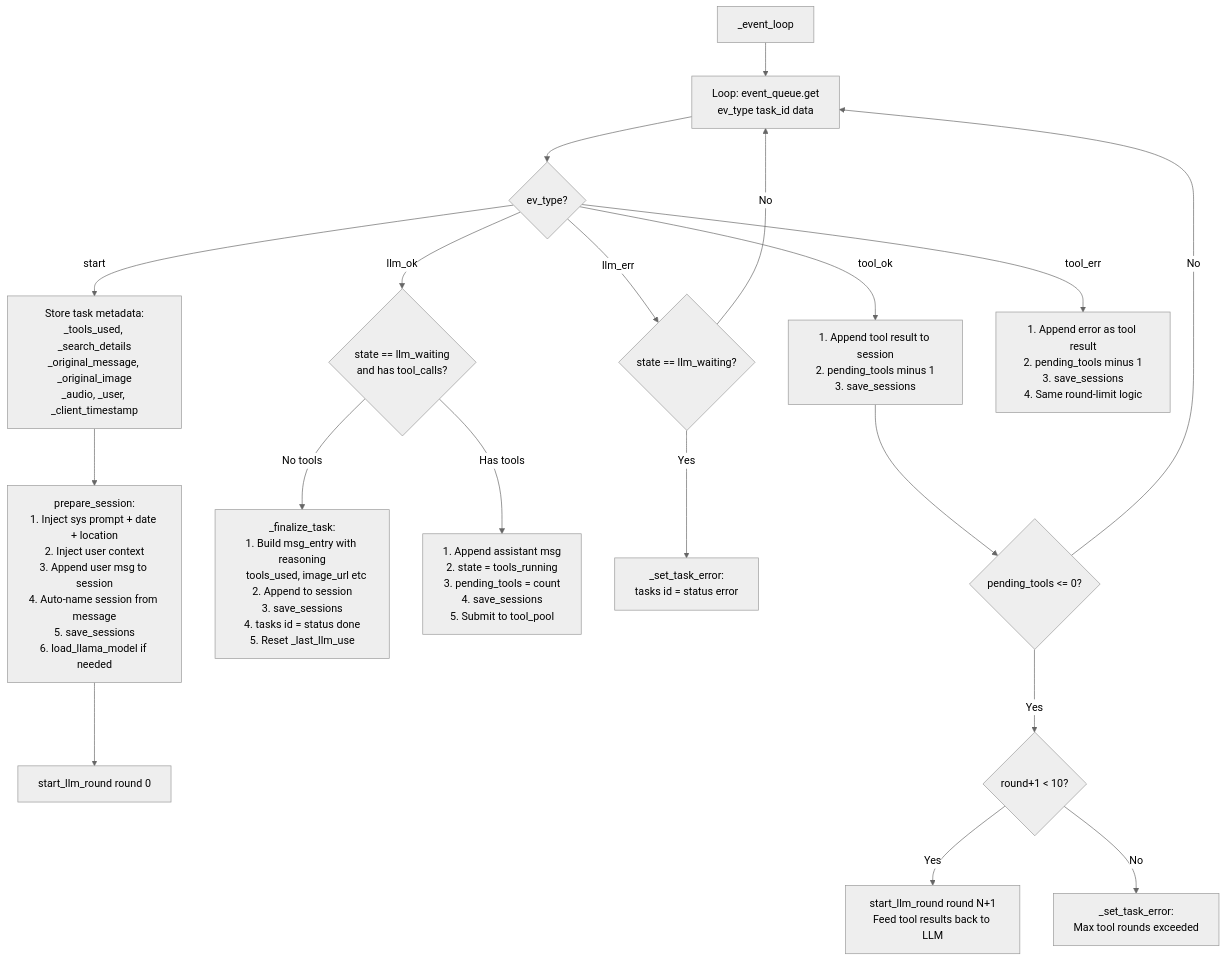
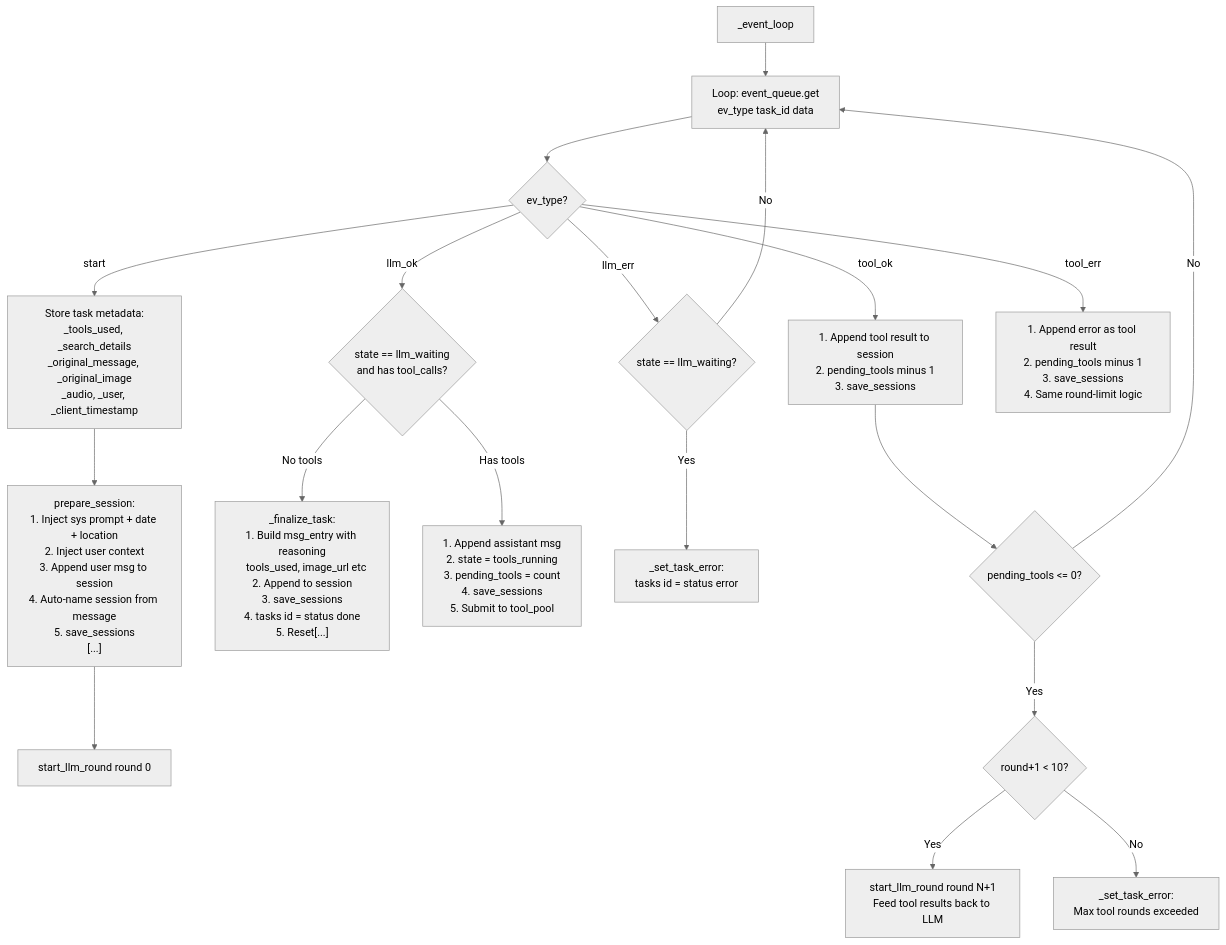
One commit to Palash90/local-ai changed the ninth of 12 diagrams in README.md. Above: the diagram before and after it, drawn with Mermaid (neutral theme). The commit also changed other lines of this file, not shown here.

Commit message:
Move Quick Start to top and remove Requirements section

````diff
--- a/README.md
+++ b/README.md
@@ -239,26 +273,26 @@
 ```mermaid
 graph TD
     E1["_event_loop"] --> EvLoop["Loop: event_queue.get\nev_type task_id data"]
     EvLoop --> EvDispatch{"ev_type?"}
 
     EvDispatch -- "start" --> EvStart["Store task metadata:\n_tools_used, _search_details\n_original_message, _original_image\n_audio, _user, _client_timestamp"]
-    EvStart --> PrepSession["prepare_session:\n1. Inject sys prompt + date + location\n2. Inject user context\n3. Append user msg to session\n4. Auto-name session from message\n5. save_sessions\n6. load_llama_model if needed"]
+    EvStart --> PrepSession["prepare_session:\n1. Inject sys prompt + date + location\n2. Inject user context\n3. Append user msg to session\n4. Auto-name session from message\n5. save_sessions\n[...]" ]
     PrepSession --> StartRound0["start_llm_round round 0"]
 
     EvDispatch -- "llm_ok" --> LLMOK{"state == llm_waiting\nand has tool_calls?"}
-    LLMOK -- "No tools" --> Finalize["_finalize_task:\n1. Build msg_entry with reasoning\n   tools_used, image_url etc\n2. Append to session\n3. save_sessions\n4. tasks id = status done\n5. Reset _last_llm_use"]
+    LLMOK -- "No tools" --> Finalize["_finalize_task:\n1. Build msg_entry with reasoning\n   tools_used, image_url etc\n2. Append to session\n3. save_sessions\n4. tasks id = status done\n5. Reset[...]"]
     LLMOK -- "Has tools" --> SubmitTools["1. Append assistant msg\n2. state = tools_running\n3. pending_tools = count\n4. save_sessions\n5. Submit to tool_pool"]
 
     EvDispatch -- "llm_err" --> LLMERR{"state == llm_waiting?"}
     LLMERR -- Yes --> LLMErrAction["_set_task_error:\ntasks id = status error"]
     LLMERR -- No --> EvLoop
 
     EvDispatch -- "tool_ok" --> ToolOK["1. Append tool result to session\n2. pending_tools minus 1\n3. save_sessions"]
     ToolOK --> AllToolsDone{"pending_tools <= 0?"}
     AllToolsDone -- No --> EvLoop
     AllToolsDone -- Yes --> NextRoundCheck{"round+1 < 10?"}
     NextRoundCheck -- Yes --> NextRound["start_llm_round round N+1\nFeed tool results back to LLM"]
     NextRoundCheck -- No --> MaxRoundsErr["_set_task_error:\nMax tool rounds exceeded"]
 
     EvDispatch -- "tool_err" --> ToolERR["1. Append error as tool result\n2. pending_tools minus 1\n3. save_sessions\n4. Same round-limit logic"]
 ```
````
